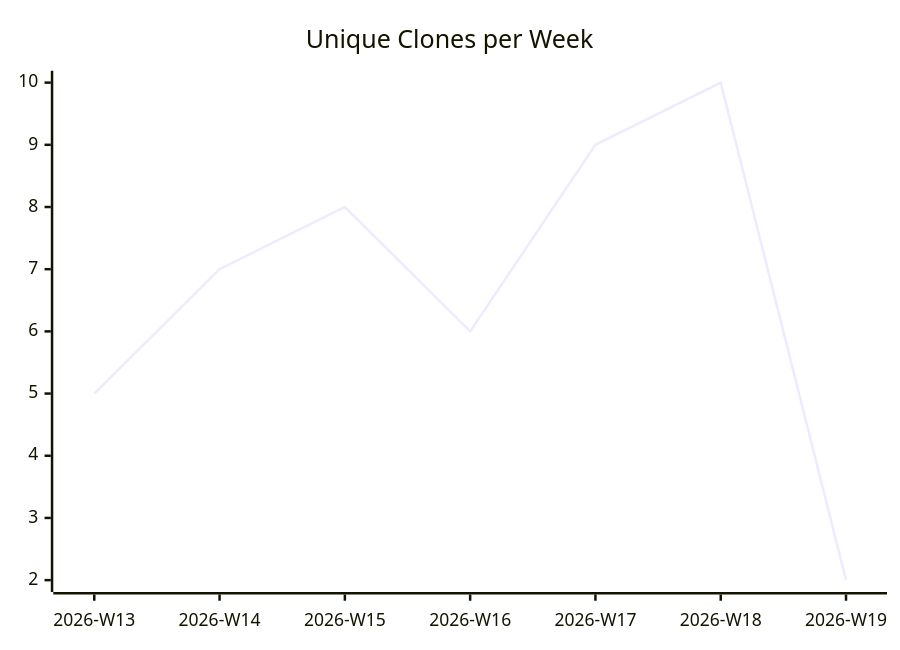
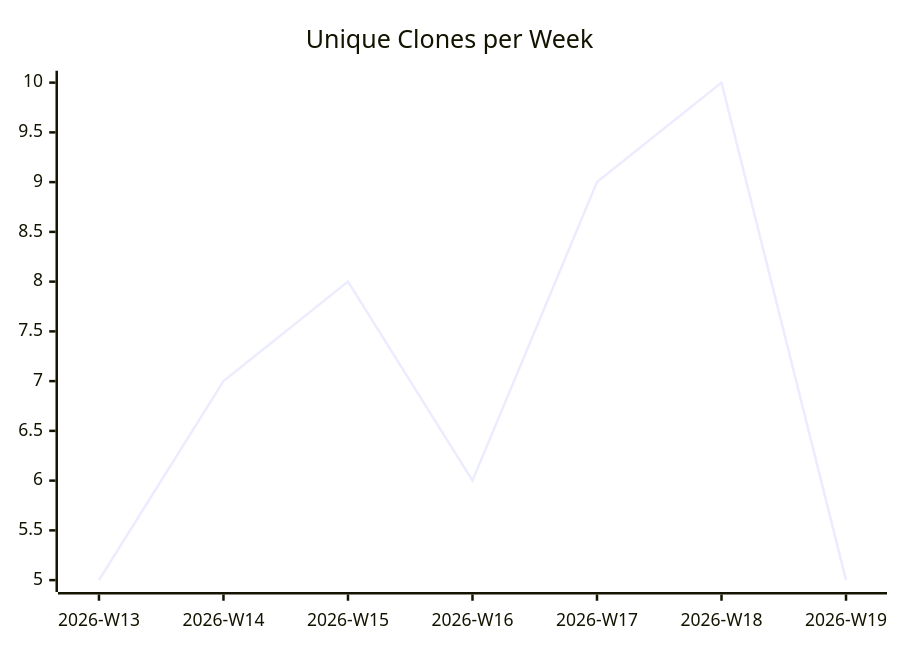
Before and after one commit to justdavis-family/github-analytics-data: the third of 3 diagrams in karlmdavis/ansible-role-jenkins2/README.md, drawn with Mermaid. The commit also changed other lines of this file and 185 other files, not shown here.

````diff
--- a/karlmdavis/ansible-role-jenkins2/README.md
+++ b/karlmdavis/ansible-role-jenkins2/README.md
@@ -19,6 +19,6 @@
 ```mermaid
 xychart-beta
   title "Unique Clones per Week"
   x-axis ["2026-W13", "2026-W14", "2026-W15", "2026-W16", "2026-W17", "2026-W18", "2026-W19"]
-  line [5, 7, 8, 6, 9, 10, 2]
+  line [5, 7, 8, 6, 9, 10, 5]
 ```
````
